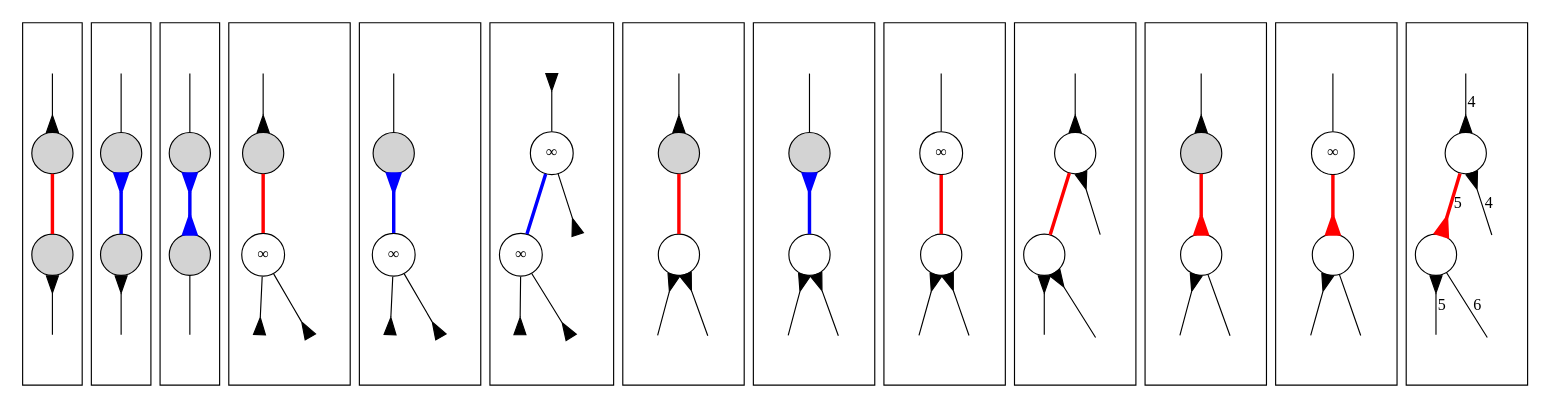
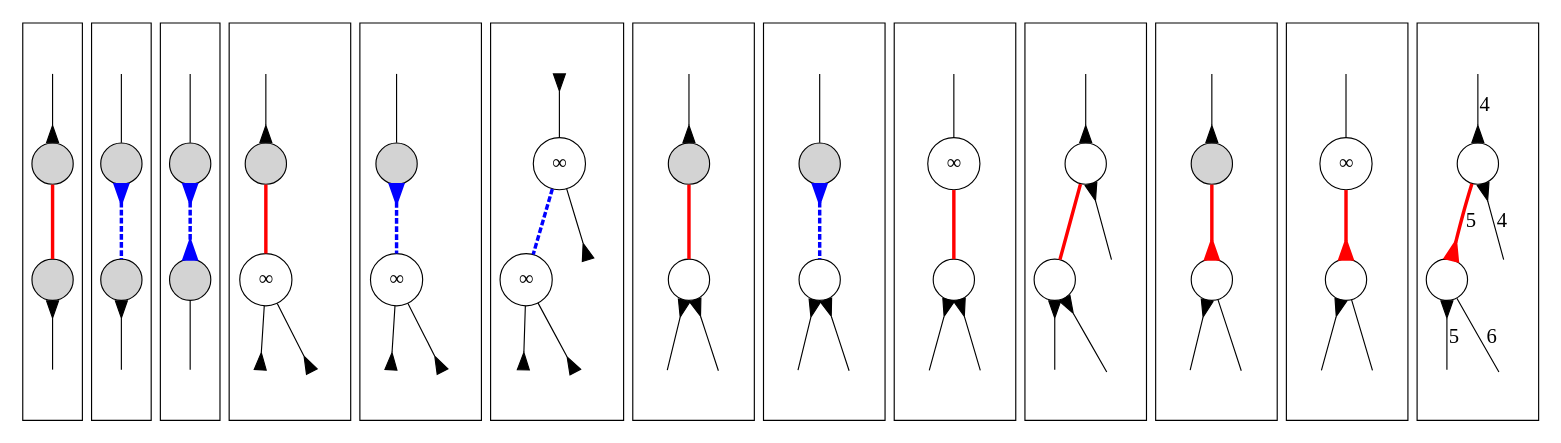
One commit to sgolodetz/waterfallpaper changed the diagram in graphs/smg/pass2-mergecases.gv. Above: the diagram before and after it, drawn with Graphviz. The commit also changed 15 other files, not shown here.

Commit message:
Update the edge styles for Figure 13.

```diff
--- a/graphs/smg/pass2-mergecases.gv
+++ b/graphs/smg/pass2-mergecases.gv
@@ -1,184 +1,184 @@
 digraph
 {
 	compound = true;
-	node [shape=circle, style=filled, label=""];
-	edge [dir=both, arrowtail=none, arrowhead=none, arrowsize=1.5];
+	node [shape=circle, style=filled, label="", fontsize=18];
+	edge [dir=both, arrowtail=none, arrowhead=none, arrowsize=1.5, fontsize=18];
 
 	/* AaXI, where A = no. of ends ambiguous with flow along the edge, a = no. of ends ambiguous with flow not along the edge,
 	   X = no. of ends non-escapable (no outflow), I = no. of inward-pointing arrows
 
 	   Note that A + a + X <= 2 and a + X + I <= 2
 	   Furthermore, note that I >= A
 	   Also, some of the cases cannot occur in practice */
 
 	subgraph cluster0 /* A0a0X0I0 */
 	{
 		n0g -> n0p [arrowhead=inv];
 		n0p -> n0n [color=red, penwidth=3];
 		n0n -> n0c [arrowtail=inv];
 
 		n0g [style=invisible];
 		n0c [style=invisible];
 	}
 
 	subgraph cluster1 /* A0a0X0I1 */
 	{
 		n1g -> n1p;
-		n1p -> n1n [color=blue, arrowtail=inv, penwidth=3];
+		n1p -> n1n [color=blue, arrowtail=inv, penwidth=3, style=dashed];
 		n1n -> n1c [arrowtail=inv];
 
 		n1g [style=invisible];
 		n1c [style=invisible];
 	}
 
 	subgraph cluster2 /* A0a0X0I2 */
 	{
 		n2g -> n2p;
-		n2p -> n2n [color=blue, arrowtail=inv, arrowhead=inv, penwidth=3];
+		n2p -> n2n [color=blue, arrowtail=inv, arrowhead=inv, penwidth=3, style=dashed];
 		n2n -> n2c;
 
 		n2g [style=invisible];
 		n2c [style=invisible];
 	}
 
 	subgraph cluster3 /* A0a0X1I0 */
 	{
 		n3g -> n3p [arrowhead=inv];
 		n3p -> n3n [color=red, penwidth=3];
 		n3n -> n3c0 [arrowhead=inv];
 		n3n -> n3c1 [arrowhead=inv];
 
 		n3g [style=invisible];
 		n3n [style=solid, label="&infin;"];
 		n3c0 [style=invisible];
 		n3c1 [style=invisible];
 	}
 
 	subgraph cluster4 /* A0a0X1I1 */
 	{
 		n4g -> n4p;
-		n4p -> n4n [color=blue, arrowtail=inv, penwidth=3];
+		n4p -> n4n [color=blue, arrowtail=inv, penwidth=3, style=dashed];
 		n4n -> n4c0 [arrowhead=inv];
 		n4n -> n4c1 [arrowhead=inv];
 
 		n4g [style=invisible];
 		n4n [style=solid, label="&infin;"];
 		n4c0 [style=invisible];
 		n4c1 [style=invisible];
 	}
 
 	subgraph cluster5 /* A0a0X2I0 */
 	{
 		n5g -> n5p [arrowtail=inv];
-		n5p -> n5n [color=blue, penwidth=3];
+		n5p -> n5n [color=blue, penwidth=3, style=dashed];
 		n5p -> n5s [arrowhead=inv];
 		n5n -> n5c0 [arrowhead=inv];
 		n5n -> n5c1 [arrowhead=inv];
 
 		n5g [style=invisible];
 		n5p [style=solid, label="&infin;"];
 		n5n [style=solid, label="&infin;"];
 		n5s [style=invisible];
 		n5c0 [style=invisible];
 		n5c1 [style=invisible];
 	}
 
 	subgraph cluster6 /* A0a1X0I0 */
 	{
 		n6g -> n6p [arrowhead=inv];
 		n6p -> n6n [color=red, penwidth=3];
 		n6n -> n6c0 [arrowtail=inv];
 		n6n -> n6c1 [arrowtail=inv];
 
 		n6g [style=invisible];
 		n6n [style=solid];
 		n6c0 [style=invisible];
 		n6c1 [style=invisible];
 	}
 
 	subgraph cluster7 /* A0a1X0I1 */
 	{
 		n7g -> n7p;
-		n7p -> n7n [color=blue, arrowtail=inv, penwidth=3];
+		n7p -> n7n [color=blue, arrowtail=inv, penwidth=3, style=dashed];
 		n7n -> n7c0 [arrowtail=inv];
 		n7n -> n7c1 [arrowtail=inv];
 
 		n7g [style=invisible];
 		n7n [style=solid];
 		n7c0 [style=invisible];
 		n7c1 [style=invisible];
 	}
 
 	subgraph cluster8 /* A0a1X1I0 */
 	{
 		n8g -> n8p;
 		n8p -> n8n [color=red, penwidth=3];
 		n8n -> n8c0 [arrowtail=inv];
 		n8n -> n8c1 [arrowtail=inv];
 
 		n8g [style=invisible];
 		n8p [style=solid, label="&infin;"];
 		n8n [style=solid];
 		n8c0 [style=invisible];
 		n8c1 [style=invisible];
 	}
 
 	subgraph cluster9 /* A0a2X0I0 */
 	{
 		n9g -> n9p [arrowhead=inv];
 		n9p -> n9n [color=red, penwidth=3];
 		n9p -> n9s [arrowtail=inv];
 		n9n -> n9c0 [arrowtail=inv];
 		n9n -> n9c1 [arrowtail=inv];
 
 		n9g [style=invisible];
 		n9p [style=solid];
 		n9n [style=solid];
 		n9s [style=invisible];
 		n9c0 [style=invisible];
 		n9c1 [style=invisible];
 	}
 
 	subgraph cluster10 /* A1a0X0I1 */
 	{
 		n10g -> n10p [arrowhead=inv];
 		n10p -> n10n [color=red, arrowhead=inv, penwidth=3];
 		n10n -> n10c0 [arrowtail=inv];
 		n10n -> n10c1;
 
 		n10g [style=invisible];
 		n10n [style=solid];
 		n10c0 [style=invisible];
 		n10c1 [style=invisible];
 	}
 
 	subgraph cluster11 /* A1a0X1I1 */
 	{
 		n11g -> n11p;
 		n11p -> n11n [color=red, arrowhead=inv, penwidth=3];
 		n11n -> n11c0 [arrowtail=inv];
 		n11n -> n11c1;
 
 		n11g [style=invisible];
 		n11p [style=solid, label="&infin;"];
 		n11n [style=solid];
 		n11c0 [style=invisible];
 		n11c1 [style=invisible];
 	}
 
 	subgraph cluster12 /* A1a1X0I1 */
 	{
 		n12g -> n12p [label=4, arrowhead=inv];
 		n12p -> n12n [label=5, color=red, arrowhead=inv, penwidth=3];
 		n12p -> n12s [label=4, arrowtail=inv];
 		n12n -> n12c0 [label=5, arrowtail=inv];
 		n12n -> n12c1 [label=6];
 
 		n12g [style=invisible];
 		n12p [style=solid];
 		n12n [style=solid];
 		n12s [style=invisible];
 		n12c0 [style=invisible];
 		n12c1 [style=invisible];
 	}
 }
```
